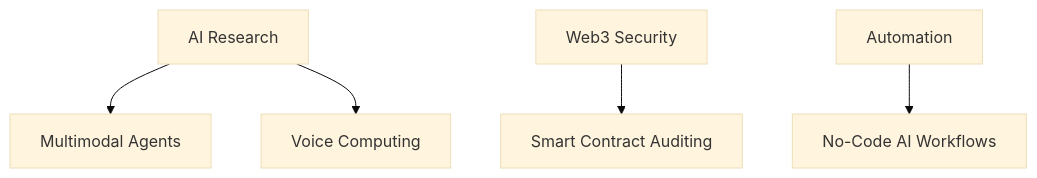
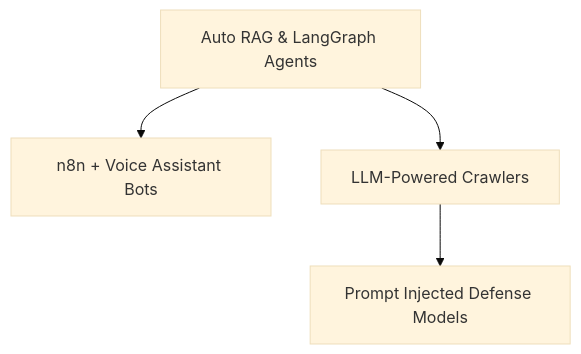
Before and after one commit to Cosmic-hackers/Cosmic-hackers: the diagram in README.md, drawn with Mermaid (base theme). The commit also changed other lines of this file, not shown here.

````diff
--- a/README.md
+++ b/README.md
@@ -106,7 +93,6 @@
 ```mermaid
-graph TB
-    A[AI Research] --> B[Multimodal Agents]
-    A --> C[Voice Computing]
-    D[Web3 Security] --> E[Smart Contract Auditing]
-    F[Automation] --> G[No-Code AI Workflows]
+graph TD
+    Q1[Auto RAG & LangGraph Agents] --> Q2[n8n + Voice Assistant Bots]
+    Q1 --> Q3[LLM-Powered Crawlers]
+    Q3 --> Q4[Prompt Injected Defense Models]
 ```
````
